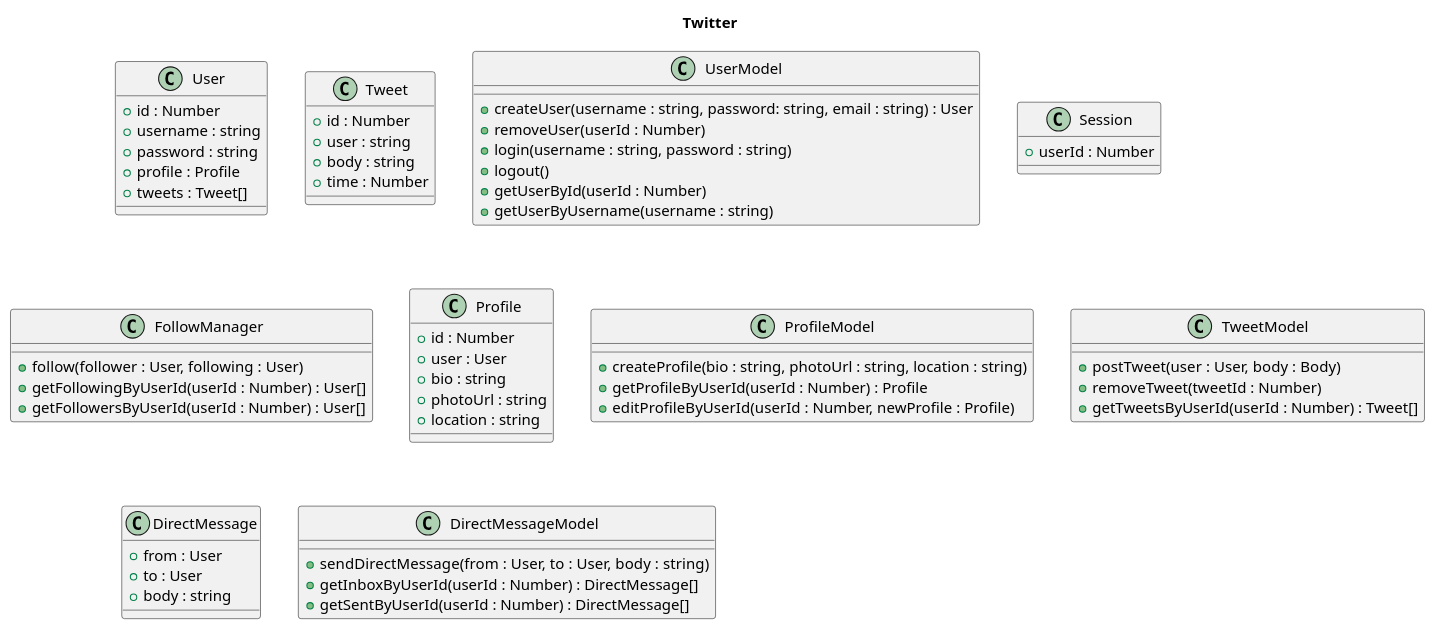
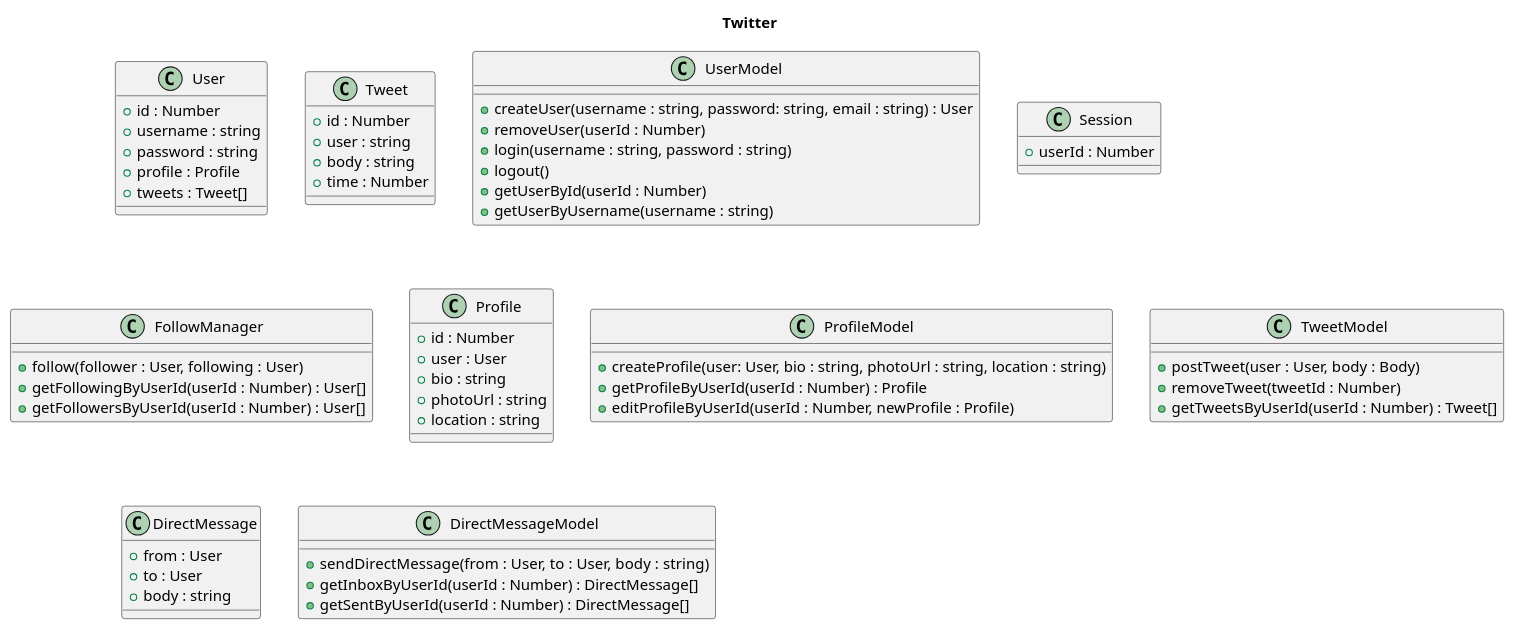
The diagram in model/classDiagram.plantuml (tart-summer-camp-2011/fe201), drawn with PlantUML before and after one commit.

Commit message:
updated class diagram to include user information on createProfile.

```diff
--- a/model/classDiagram.plantuml
+++ b/model/classDiagram.plantuml
@@ -1,70 +1,70 @@
 @startuml
 title Twitter
 
 class User {
 	+ id : Number
 	+ username : string
 	+ password : string
 	+ profile : Profile
 	+ tweets : Tweet[]
 }
 
 class Tweet {
 	+ id : Number
 	+ user : string
 	+ body : string
 	+ time : Number
 }
 
 class UserModel {
 	+ createUser(username : string, password: string, email : string) : User
 	+ removeUser(userId : Number)
 	+ login(username : string, password : string)
 	+ logout()
 	+ getUserById(userId : Number)
 	+ getUserByUsername(username : string)
 }
 
 class Session {
 	+ userId : Number
 }
 
 class FollowManager {
 	+ follow(follower : User, following : User)
 	+ getFollowingByUserId(userId : Number) : User[]
 	+ getFollowersByUserId(userId : Number) : User[]
 }
 
 class Profile {
 	+ id : Number
 	+ user : User
 	+ bio : string
 	+ photoUrl : string
 	+ location : string
 }
 
 class ProfileModel {
-	+ createProfile(bio : string, photoUrl : string, location : string)
+	+ createProfile(user: User, bio : string, photoUrl : string, location : string)
 	+ getProfileByUserId(userId : Number) : Profile
 	+ editProfileByUserId(userId : Number, newProfile : Profile)
 }
 
 class TweetModel {
 	+ postTweet(user : User, body : Body)
 	+ removeTweet(tweetId : Number)
 	+ getTweetsByUserId(userId : Number) : Tweet[]
 }
 
 class DirectMessage {
 	+ from : User
 	+ to : User
 	+ body : string
 }
 
 class DirectMessageModel {
 	+ sendDirectMessage(from : User, to : User, body : string)
 	+ getInboxByUserId(userId : Number) : DirectMessage[]
 	+ getSentByUserId(userId : Number) : DirectMessage[]
 }
 
 @enduml
```
